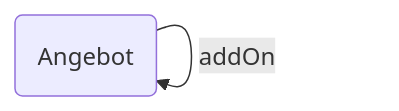
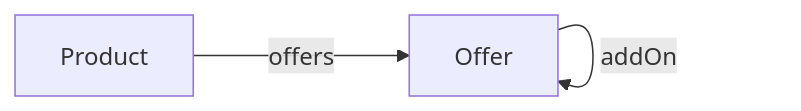
One commit to tsolenthaler/docs.contentdesk.io changed the diagram in docs/dev/dataschema/properties/addOn.md. Above: the diagram before and after it, drawn with Mermaid.

Commit message:
docs: Update addOn.md to reflect changes in schema

````diff
--- a/docs/dev/dataschema/properties/addOn.md
+++ b/docs/dev/dataschema/properties/addOn.md
@@ -11,5 +11,5 @@
 ``` mermaid
 graph LR
-    Offer(Angebot) -->|addOn|Offer
+    Product --->|offers|Offer
     Offer -->|addOn|Offer
 ```
````
